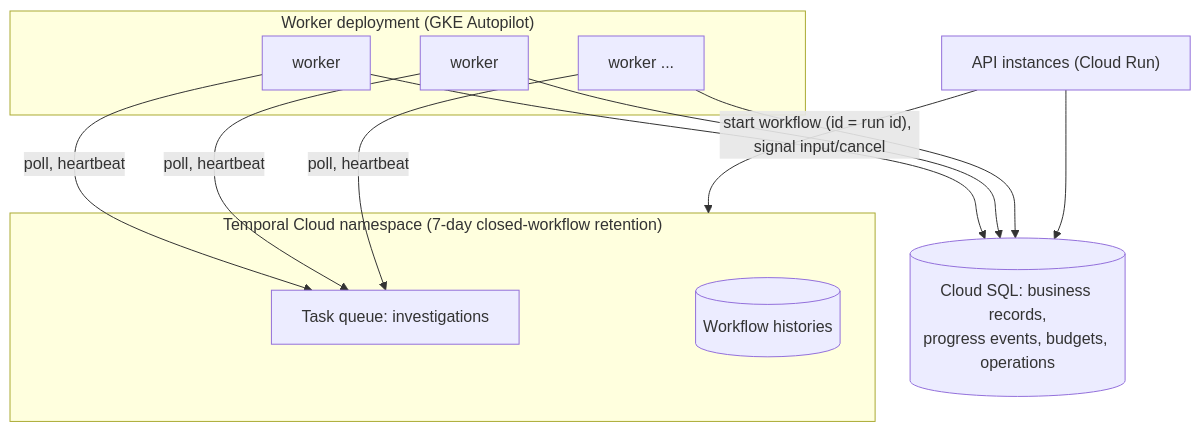
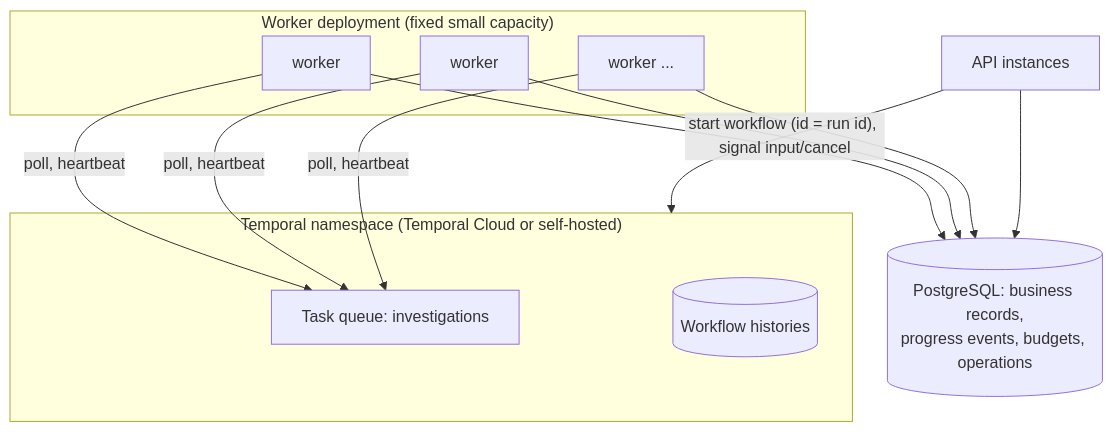
The second of 2 diagrams in docs/architecture/production-deployment.md (diego1q2w/retail-analytics-agent), drawn with Mermaid before and after one commit. The commit also changed other lines of this file and 25 other files, not shown here.

Commit message:
T40-F1: reconcile setup and local and production architecture

````diff
--- a/docs/architecture/production-deployment.md
+++ b/docs/architecture/production-deployment.md
@@ -86,19 +264,19 @@
 ```mermaid
 flowchart TB
-    api["API instances (Cloud Run)"]
-    subgraph ns["Temporal Cloud namespace (7-day closed-workflow retention)"]
+    api["API instances"]
+    subgraph ns["Temporal namespace (Temporal Cloud or self-hosted)"]
         tq["Task queue: investigations"]
         hist[("Workflow histories")]
     end
-    subgraph pool["Worker deployment (GKE Autopilot)"]
+    subgraph pool["Worker deployment (fixed small capacity)"]
         w1["worker"]
         w2["worker"]
         w3["worker ..."]
     end
-    pg[("Cloud SQL: business records,<br/>progress events, budgets, operations")]
+    pg[("PostgreSQL: business records,<br/>progress events, budgets, operations")]
 
     api -- "start workflow (id = run id), signal input/cancel" --> ns
     w1 & w2 & w3 -- "poll, heartbeat" --> tq
     w1 & w2 & w3 --> pg
     api --> pg
 ```
````
